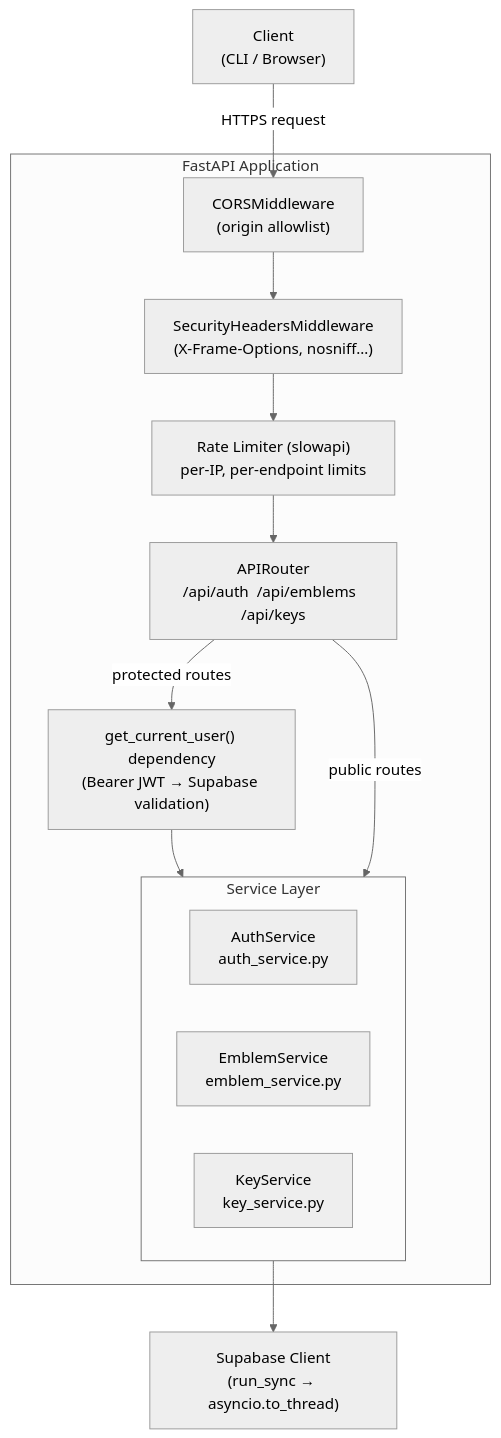
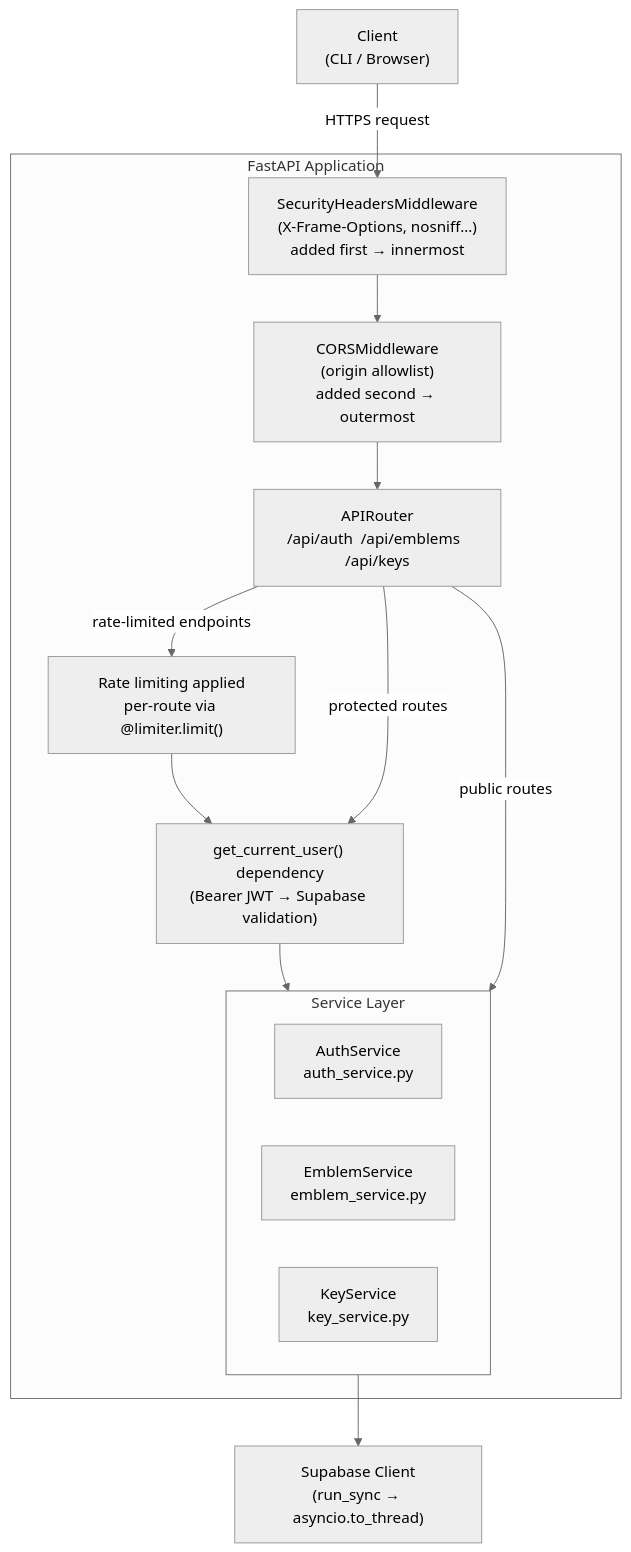
Before and after one commit to Lo10Th/Elysium: the fifth of 11 diagrams in docs/ARCHITECTURE.md, drawn with Mermaid (neutral theme). The commit also changed other lines of this file, not shown here.

Commit message:
docs: fix middleware order and add migration status note in ARCHITECTURE.md

````diff
--- a/docs/ARCHITECTURE.md
+++ b/docs/ARCHITECTURE.md
@@ -183,29 +183,30 @@
 ```mermaid
 flowchart TD
     Client["Client\n(CLI / Browser)"]
 
     subgraph FastAPI["FastAPI Application"]
-        CORS["CORSMiddleware\n(origin allowlist)"]
-        SecHdr["SecurityHeadersMiddleware\n(X-Frame-Options, nosniff…)"]
-        RateLimit["Rate Limiter (slowapi)\nper-IP, per-endpoint limits"]
+        SecHdr["SecurityHeadersMiddleware\n(X-Frame-Options, nosniff…)\nadded first → innermost"]
+        CORS["CORSMiddleware\n(origin allowlist)\nadded second → outermost"]
         Router["APIRouter\n/api/auth  /api/emblems  /api/keys"]
         AuthDep["get_current_user() dependency\n(Bearer JWT → Supabase validation)"]
+        RateLimitNote["Rate limiting applied\nper-route via @limiter.limit()"]
 
         subgraph Services["Service Layer"]
             AuthSvc["AuthService\nauth_service.py"]
             EmblemSvc["EmblemService\nemblem_service.py"]
             KeySvc["KeyService\nkey_service.py"]
         end
     end
 
     Supabase["Supabase Client\n(run_sync → asyncio.to_thread)"]
 
-    Client -->|"HTTPS request"| CORS
-    CORS --> SecHdr
-    SecHdr --> RateLimit
-    RateLimit --> Router
+    Client -->|"HTTPS request"| SecHdr
+    SecHdr --> CORS
+    CORS --> Router
+    Router -->|"rate-limited endpoints"| RateLimitNote
+    RateLimitNote --> AuthDep
     Router -->|"protected routes"| AuthDep
     AuthDep --> Services
     Router -->|"public routes"| Services
     Services --> Supabase
 ```
````
